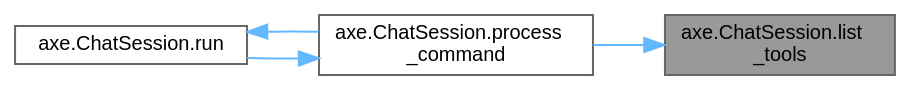
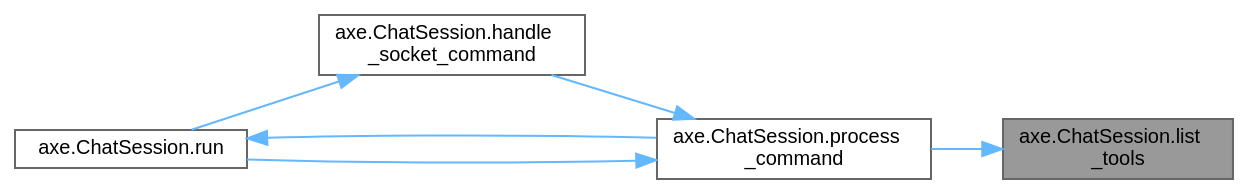
One commit to EdgeOfAssembly/AXE changed the diagram in llm_prep/dot_graphs_doxygen/classaxe_1_1ChatSession_ab97f8be62dd60678d92c6f18b3e13d50_icgraph.dot. Above: the diagram before and after it, drawn with Graphviz. The commit also changed 1326 other files, not shown here.

```diff
--- a/llm_prep/dot_graphs_doxygen/classaxe_1_1ChatSession_ab97f8be62dd60678d92c6f18b3e13d50_icgraph.dot
+++ b/llm_prep/dot_graphs_doxygen/classaxe_1_1ChatSession_ab97f8be62dd60678d92c6f18b3e13d50_icgraph.dot
@@ -1,14 +1,17 @@
 digraph "axe.ChatSession.list_tools"
 {
  // LATEX_PDF_SIZE
   bgcolor="transparent";
   edge [fontname=Helvetica,fontsize=10,labelfontname=Helvetica,labelfontsize=10];
   node [fontname=Helvetica,fontsize=10,shape=box,height=0.2,width=0.4];
   rankdir="RL";
   Node1 [id="Node000001",label="axe.ChatSession.list\l_tools",height=0.2,width=0.4,color="gray40", fillcolor="grey60", style="filled", fontcolor="black",tooltip=" "];
   Node1 -> Node2 [id="edge1_Node000001_Node000002",dir="back",color="steelblue1",style="solid",tooltip=" "];
   Node2 [id="Node000002",label="axe.ChatSession.process\l_command",height=0.2,width=0.4,color="grey40", fillcolor="white", style="filled",URL="$classaxe_1_1ChatSession.html#aaa359a2981c69ef0b93b8b48e259e007",tooltip=" "];
   Node2 -> Node3 [id="edge2_Node000002_Node000003",dir="back",color="steelblue1",style="solid",tooltip=" "];
-  Node3 [id="Node000003",label="axe.ChatSession.run",height=0.2,width=0.4,color="grey40", fillcolor="white", style="filled",URL="$classaxe_1_1ChatSession.html#a68cb42802ab49b009bbfc87e9d7e8f78",tooltip=" "];
-  Node3 -> Node2 [id="edge3_Node000003_Node000002",dir="back",color="steelblue1",style="solid",tooltip=" "];
+  Node3 [id="Node000003",label="axe.ChatSession.handle\l_socket_command",height=0.2,width=0.4,color="grey40", fillcolor="white", style="filled",URL="$classaxe_1_1ChatSession.html#a00f4c50861d88ce623a2c2db3ba0bd0b",tooltip=" "];
+  Node3 -> Node4 [id="edge3_Node000003_Node000004",dir="back",color="steelblue1",style="solid",tooltip=" "];
+  Node4 [id="Node000004",label="axe.ChatSession.run",height=0.2,width=0.4,color="grey40", fillcolor="white", style="filled",URL="$classaxe_1_1ChatSession.html#a68cb42802ab49b009bbfc87e9d7e8f78",tooltip=" "];
+  Node4 -> Node2 [id="edge4_Node000004_Node000002",dir="back",color="steelblue1",style="solid",tooltip=" "];
+  Node2 -> Node4 [id="edge5_Node000002_Node000004",dir="back",color="steelblue1",style="solid",tooltip=" "];
 }
```
